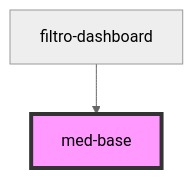
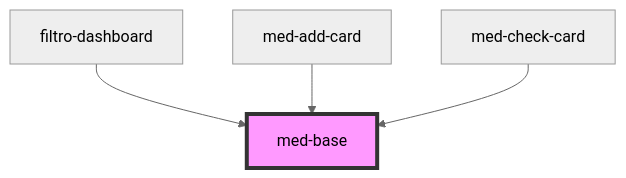
One commit to MEDGRUPOGIT/ionic-framework-1 changed the diagram in core/src/components/@medgrupo/core/med-base/readme.md. Above: the diagram before and after it, drawn with Mermaid (neutral theme). The commit also changed other lines of this file and 17 other files, not shown here.

Commit message:
check-card

````diff
--- a/core/src/components/@medgrupo/core/med-base/readme.md
+++ b/core/src/components/@medgrupo/core/med-base/readme.md
@@ -34,5 +36,7 @@
 ```mermaid
 graph TD;
   filtro-dashboard --> med-base
+  med-add-card --> med-base
+  med-check-card --> med-base
   style med-base fill:#f9f,stroke:#333,stroke-width:4px
 ```
````
